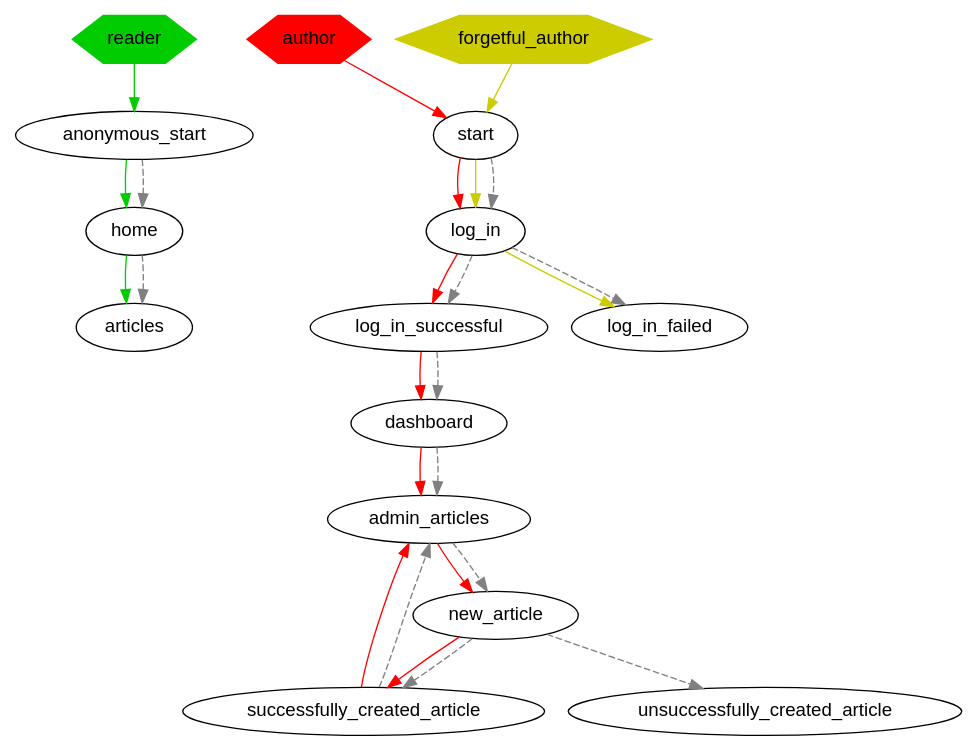
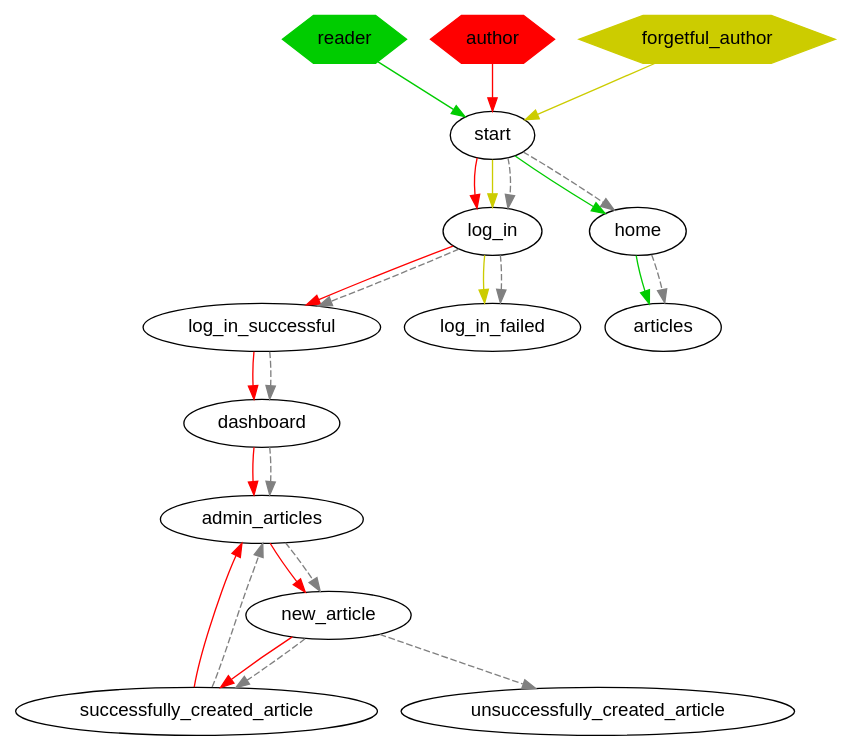
Before and after one commit to yeungda/tourist: the diagram in reports/coverage.gv, drawn with Graphviz. The commit also changed 2 other files, not shown here.

Commit message:
merged anonymous_start with start

```diff
--- a/reports/coverage.gv
+++ b/reports/coverage.gv
@@ -1,32 +1,32 @@
 digraph G {
   graph [center=true rankdir=TB]
   node  [fontname=Helvetica]
   { node [shape=hexagon style=filled color="#00cc00"]
     reader
   }
   { node [shape=hexagon style=filled color="#ff0000"]
     author
   }
   { node [shape=hexagon style=filled color="#cccc00"]
     forgetful_author
   }
   { edge [color="#ff0000"]
     author -> start -> log_in -> log_in_successful -> dashboard -> admin_articles -> new_article -> successfully_created_article -> admin_articles
   }
   { edge [color="#00cc00"]
-    reader -> anonymous_start -> home -> articles
+    reader -> start -> home -> articles
   }
   { edge [color="#cccc00"]
     forgetful_author -> start -> log_in -> log_in_failed
   }
   { edge [style=dashed color=grey]
     start -> log_in
       log_in -> {log_in_successful, log_in_failed} 
     log_in_successful-> dashboard -> admin_articles -> new_article 
       new_article -> {successfully_created_article, unsuccessfully_created_article } 
     successfully_created_article -> admin_articles 
   }
   { edge [style=dashed color=grey]
-    anonymous_start -> home -> articles
+    start -> home -> articles
   }
 }
```
